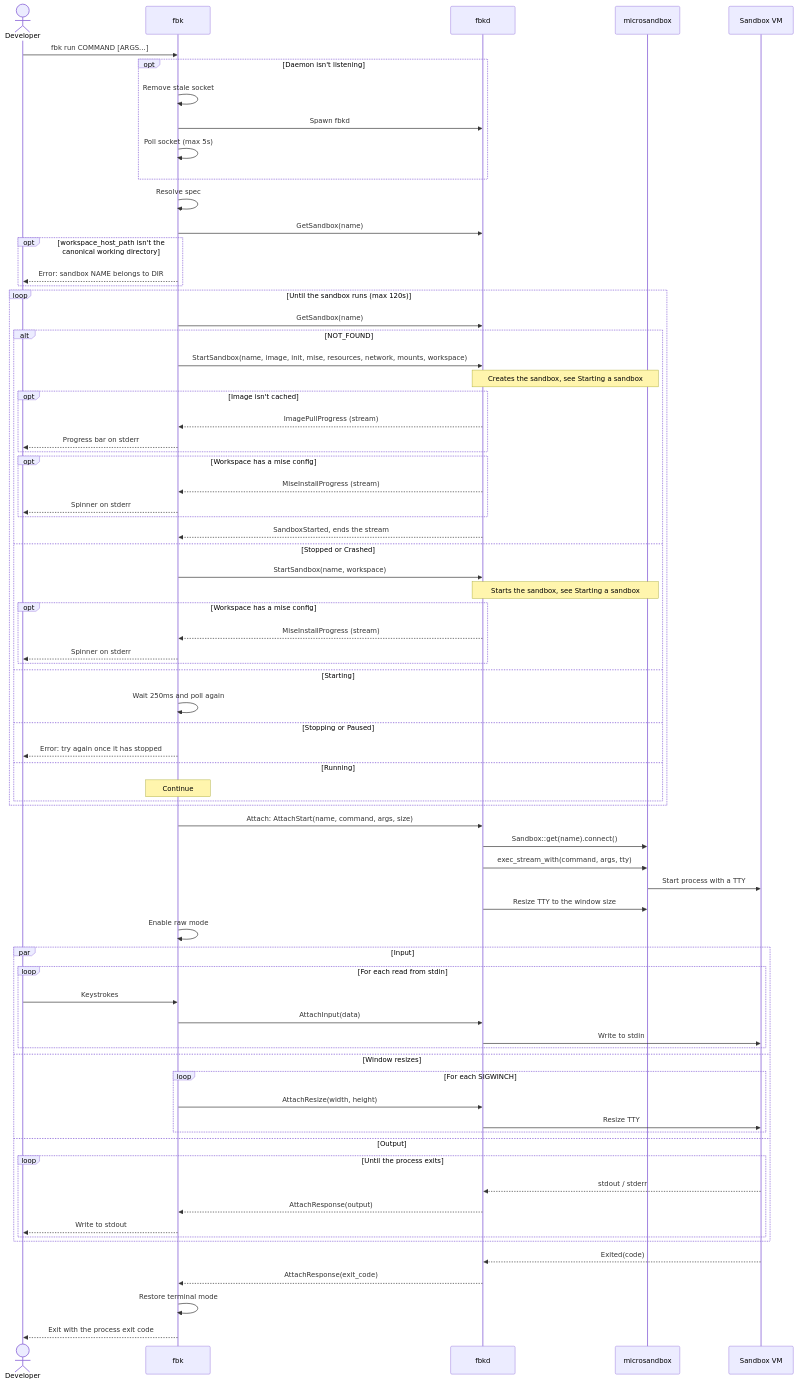
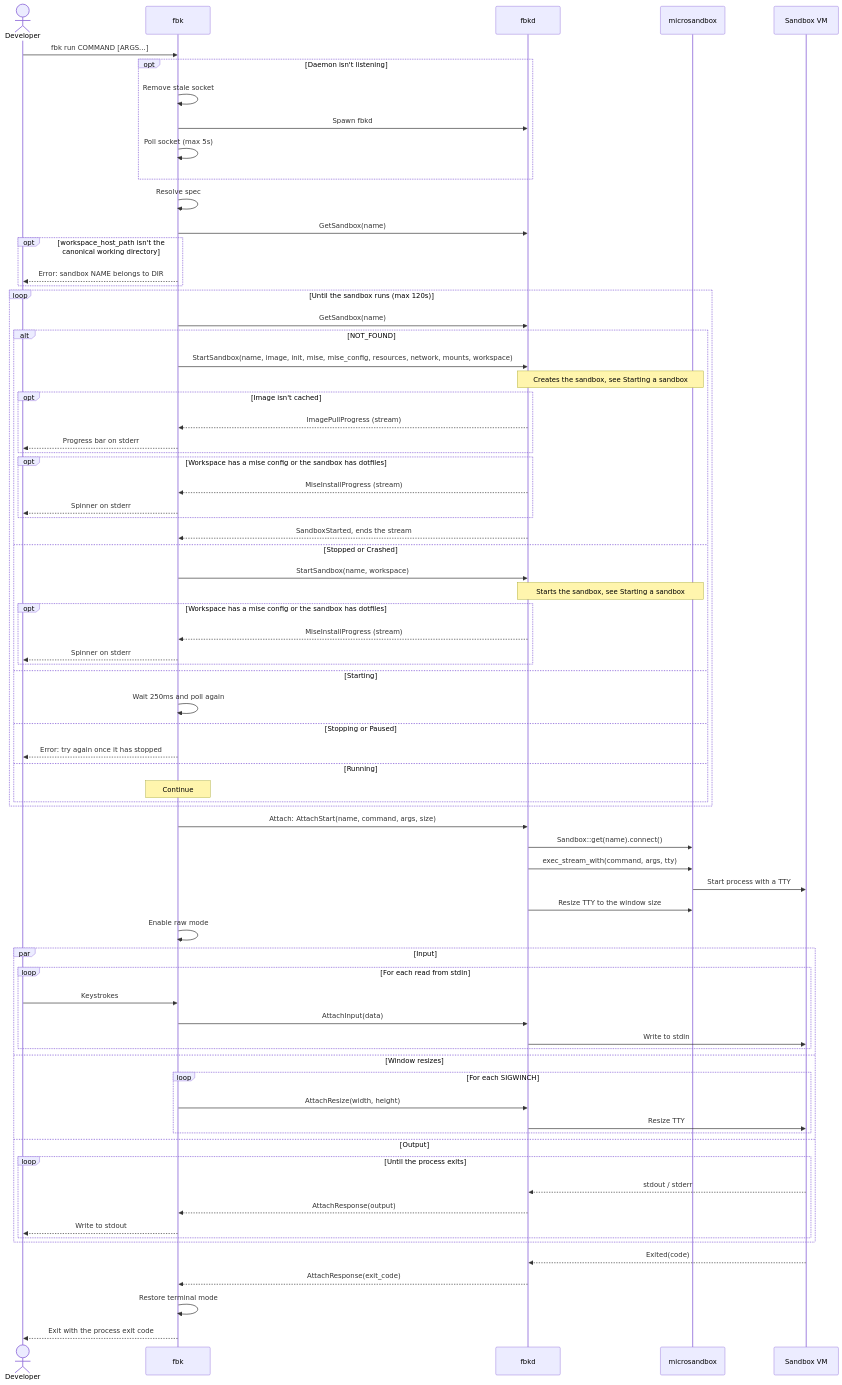
Before and after one commit to wmeints/firebrick: the first of 15 diagrams in docs/architecture/06-runtime-view.md, drawn with Mermaid. The commit also changed other lines of this file and 21 other files, not shown here.

First line of the commit message:
feat: apply mise dotfiles from a host directory set in mise.config

````diff
--- a/docs/architecture/06-runtime-view.md
+++ b/docs/architecture/06-runtime-view.md
@@ -77,81 +77,81 @@
 ```mermaid
 sequenceDiagram
     actor Dev as Developer
     participant CLI as fbk
     participant D as fbkd
     participant MS as microsandbox
     participant VM as Sandbox VM
 
     Dev->>CLI: fbk run COMMAND [ARGS...]
     opt Daemon isn't listening
         CLI->>CLI: Remove stale socket
         CLI->>D: Spawn fbkd
         CLI->>CLI: Poll socket (max 5s)
     end
     CLI->>CLI: Resolve spec
     CLI->>D: GetSandbox(name)
     opt workspace_host_path isn't the canonical working directory
         CLI-->>Dev: Error: sandbox NAME belongs to DIR
     end
 
     loop Until the sandbox runs (max 120s)
         CLI->>D: GetSandbox(name)
         alt NOT_FOUND
-            CLI->>D: StartSandbox(name, image, init, mise, resources, network, mounts, workspace)
+            CLI->>D: StartSandbox(name, image, init, mise, mise_config, resources, network, mounts, workspace)
             Note over D,MS: Creates the sandbox, see Starting a sandbox
             opt Image isn't cached
                 D-->>CLI: ImagePullProgress (stream)
                 CLI-->>Dev: Progress bar on stderr
             end
-            opt Workspace has a mise config
+            opt Workspace has a mise config or the sandbox has dotfiles
                 D-->>CLI: MiseInstallProgress (stream)
                 CLI-->>Dev: Spinner on stderr
             end
             D-->>CLI: SandboxStarted, ends the stream
         else Stopped or Crashed
             CLI->>D: StartSandbox(name, workspace)
             Note over D,MS: Starts the sandbox, see Starting a sandbox
-            opt Workspace has a mise config
+            opt Workspace has a mise config or the sandbox has dotfiles
                 D-->>CLI: MiseInstallProgress (stream)
                 CLI-->>Dev: Spinner on stderr
             end
         else Starting
             CLI->>CLI: Wait 250ms and poll again
         else Stopping or Paused
             CLI-->>Dev: Error: try again once it has stopped
         else Running
             Note over CLI: Continue
         end
     end
 
     CLI->>D: Attach: AttachStart(name, command, args, size)
     D->>MS: Sandbox::get(name).connect()
     D->>MS: exec_stream_with(command, args, tty)
     MS->>VM: Start process with a TTY
     D->>MS: Resize TTY to the window size
     CLI->>CLI: Enable raw mode
 
     par Input
         loop For each read from stdin
             Dev->>CLI: Keystrokes
             CLI->>D: AttachInput(data)
             D->>VM: Write to stdin
         end
     and Window resizes
         loop For each SIGWINCH
             CLI->>D: AttachResize(width, height)
             D->>VM: Resize TTY
         end
     and Output
         loop Until the process exits
             VM-->>D: stdout / stderr
             D-->>CLI: AttachResponse(output)
             CLI-->>Dev: Write to stdout
         end
     end
 
     VM-->>D: Exited(code)
     D-->>CLI: AttachResponse(exit_code)
     CLI->>CLI: Restore terminal mode
     CLI-->>Dev: Exit with the process exit code
 ```
````
